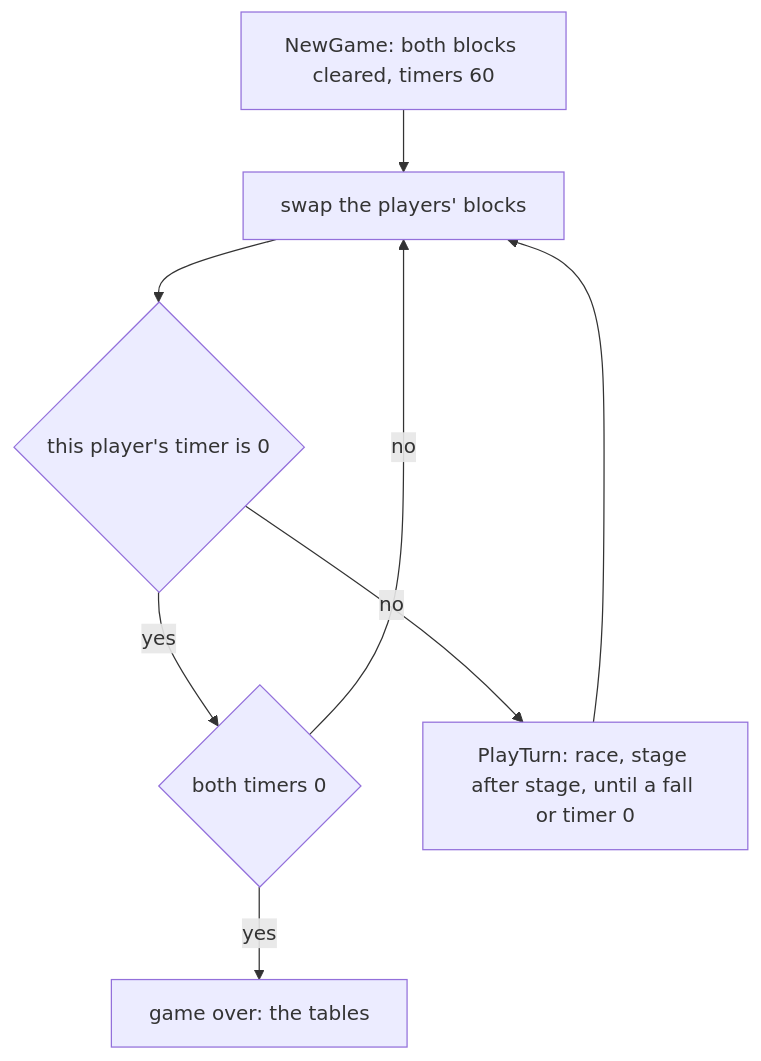
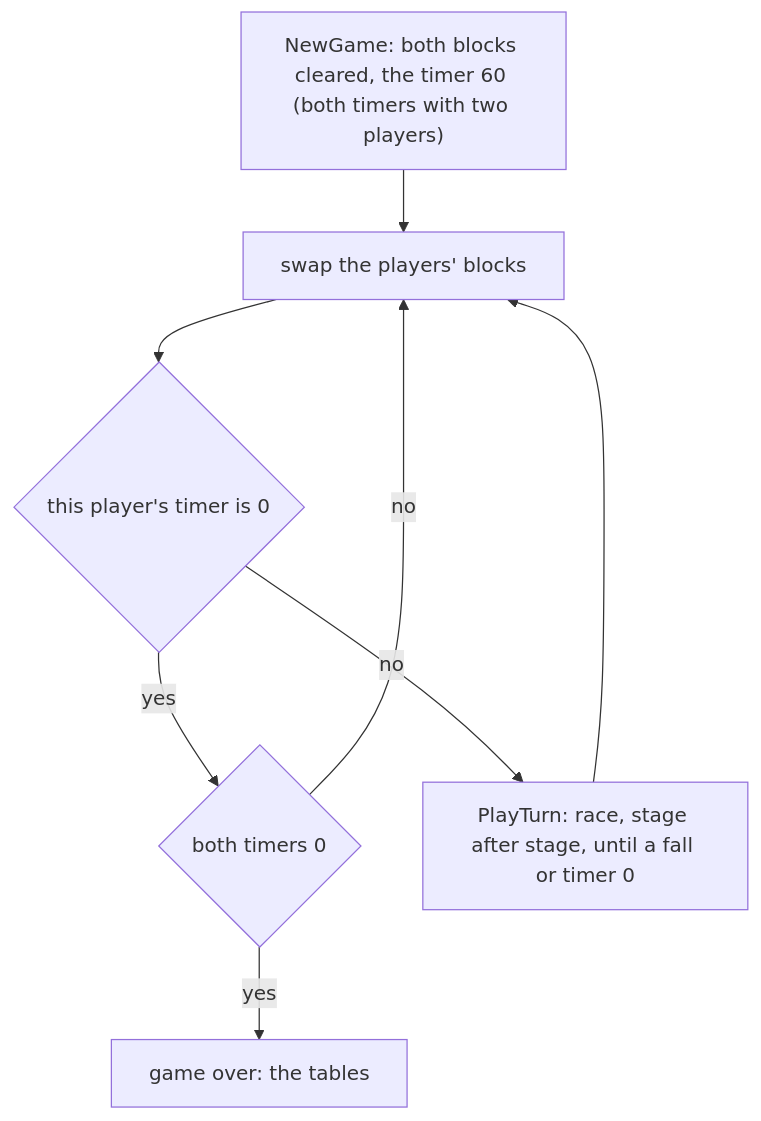
Before and after one commit to alfishe/unrealng-reverse-cases: the seventh of 9 diagrams in games/enduro-racer/docs/01-game-design.md, drawn with Mermaid. The commit also changed other lines of this file and 24 other files, not shown here.

````diff
--- a/games/enduro-racer/docs/01-game-design.md
+++ b/games/enduro-racer/docs/01-game-design.md
@@ -460,10 +461,10 @@
 ```mermaid
 flowchart TD
-    A["NewGame: both blocks cleared, timers 60"] --> B["swap the players' blocks"]
+    A["NewGame: both blocks cleared, the timer 60 (both timers with two players)"] --> B["swap the players' blocks"]
     B --> C{"this player's timer is 0"}
     C -->|yes| D{"both timers 0"}
     D -->|yes| E["game over: the tables"]
     D -->|no| B
     C -->|no| F["PlayTurn: race, stage after stage, until a fall or timer 0"]
     F --> B
 ```
````
